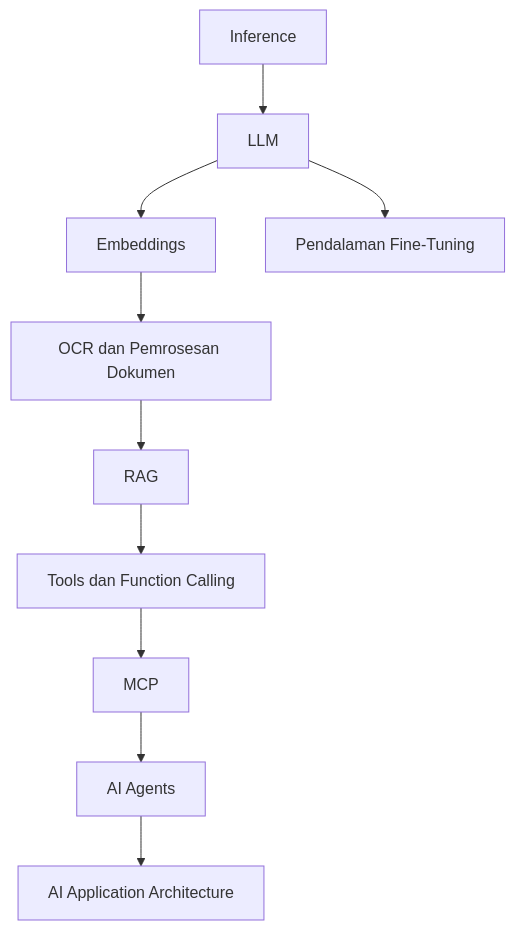
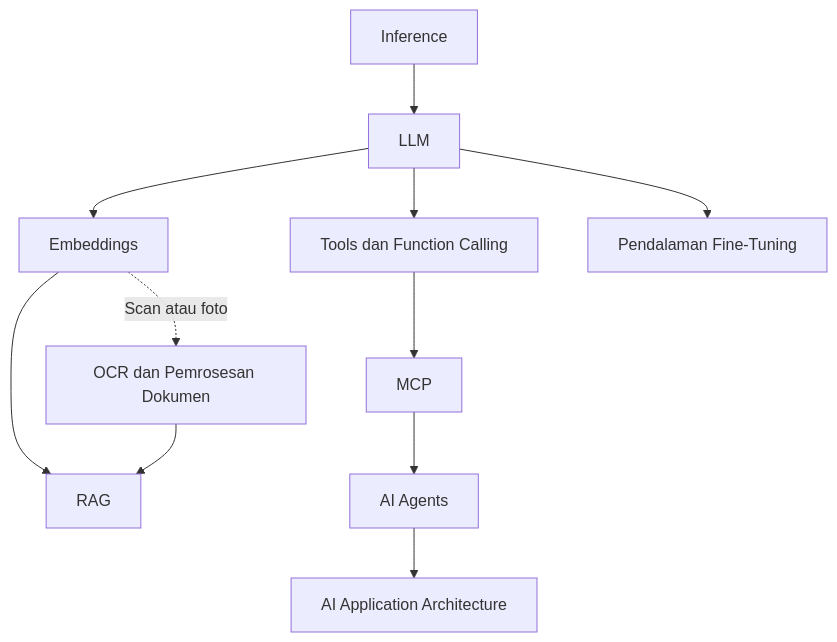
One commit to ksm-aiot-upnvj/learning changed the second of 2 diagrams in docs/ai/ai-systems/overview.md. Above: the diagram before and after it, drawn with Mermaid. The commit also changed other lines of this file and 36 other files, not shown here.

````diff
--- a/docs/ai/ai-systems/overview.md
+++ b/docs/ai/ai-systems/overview.md
@@ -60,12 +60,13 @@
 ```mermaid
 flowchart TD
     A[Inference] --> B[LLM]
     B --> C[Embeddings]
-    C --> D[OCR dan Pemrosesan Dokumen]
+    C --> E[RAG]
+    C -. Scan atau foto .-> D[OCR dan Pemrosesan Dokumen]
     D --> E[RAG]
-    E --> F[Tools dan Function Calling]
+    B --> F[Tools dan Function Calling]
     F --> G[MCP]
     G --> H[AI Agents]
     H --> I[AI Application Architecture]
     B --> J[Pendalaman Fine-Tuning]
 ```
````
